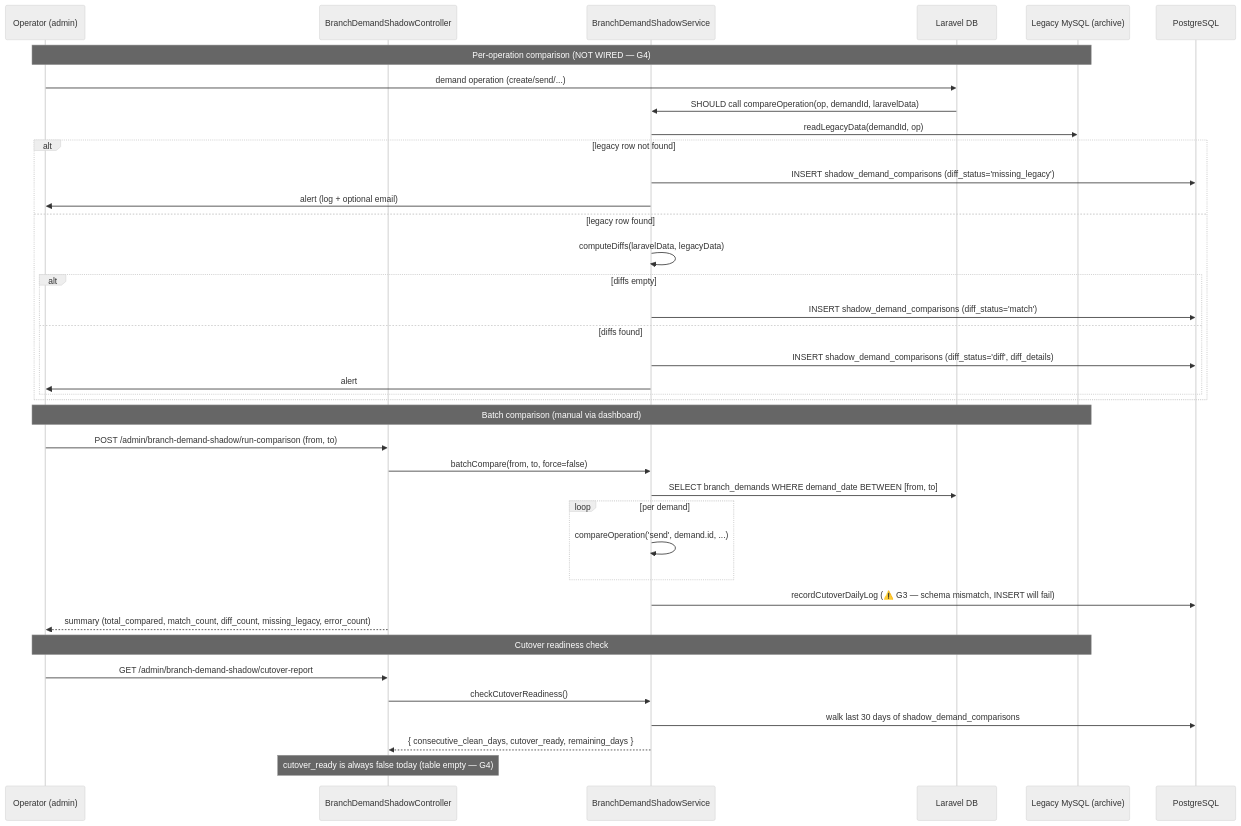
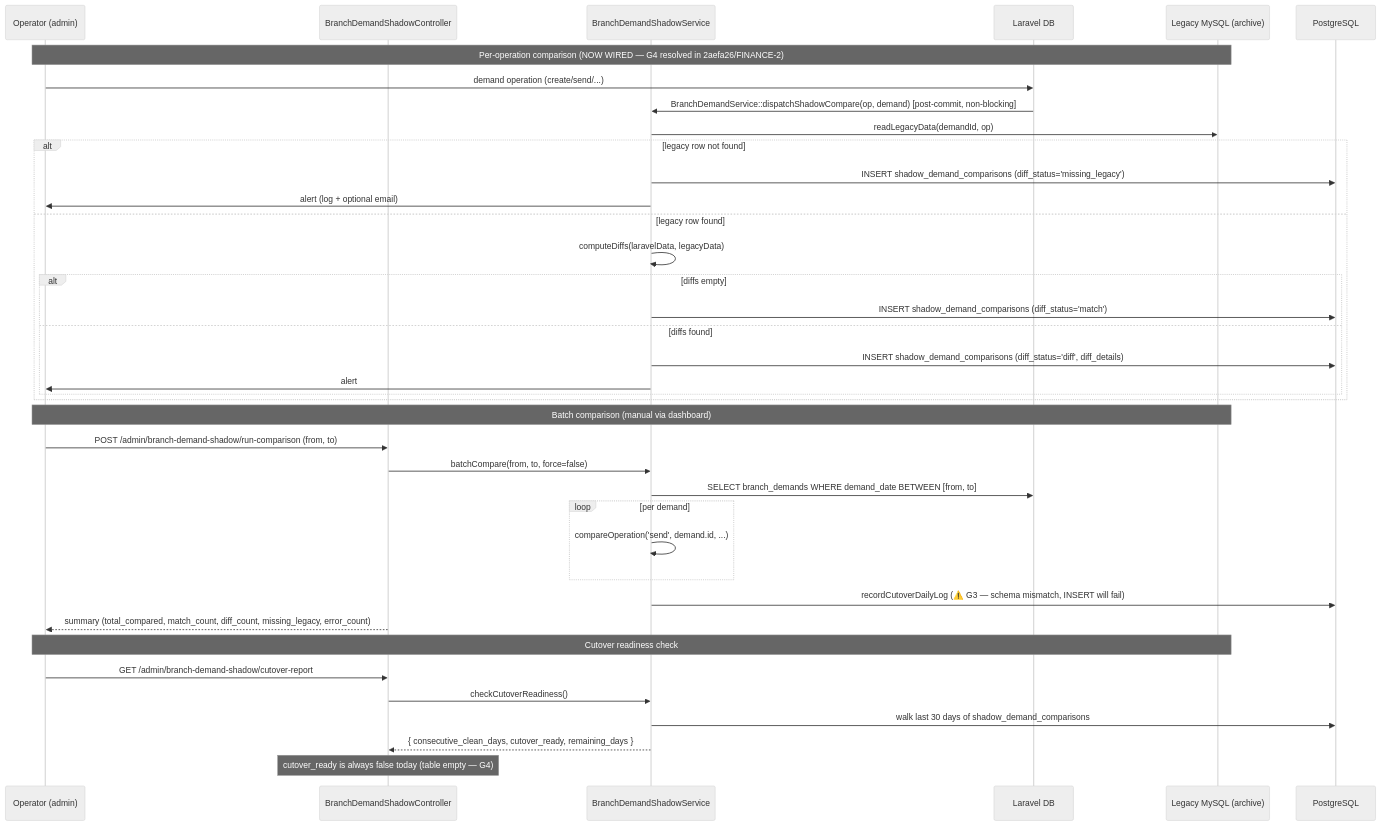
One commit to sajidchowdhury/debugRC changed the fourth of 4 diagrams in AI_CONTEXT/finance/branch-demand.md. Above: the diagram before and after it, drawn with Mermaid (neutral theme). The commit also changed other lines of this file and 4 other files, not shown here.

First line of the commit message:
docs: sync ISSUES_REGISTER + 3 AI_CONTEXT docs — mark G3/G4/G10/G17/G29 resolved (FINANCE-2)

````diff
--- a/AI_CONTEXT/finance/branch-demand.md
+++ b/AI_CONTEXT/finance/branch-demand.md
@@ -1479,43 +1557,43 @@
 ```mermaid
 sequenceDiagram
     participant Op as Operator (admin)
     participant SDC as BranchDemandShadowController
     participant SDS as BranchDemandShadowService
     participant L as Laravel DB
     participant Legacy as Legacy MySQL (archive)
     participant DB as PostgreSQL
 
-    Note over Op,Legacy: Per-operation comparison (NOT WIRED — G4)
+    Note over Op,Legacy: Per-operation comparison (NOW WIRED — G4 resolved in 2aefa26/FINANCE-2)
     Op->>L: demand operation (create/send/...)
-    L->>SDS: SHOULD call compareOperation(op, demandId, laravelData)
+    L->>SDS: BranchDemandService::dispatchShadowCompare(op, demand) [post-commit, non-blocking]
     SDS->>Legacy: readLegacyData(demandId, op)
     alt legacy row not found
         SDS->>DB: INSERT shadow_demand_comparisons (diff_status='missing_legacy')
         SDS->>Op: alert (log + optional email)
     else legacy row found
         SDS->>SDS: computeDiffs(laravelData, legacyData)
         alt diffs empty
             SDS->>DB: INSERT shadow_demand_comparisons (diff_status='match')
         else diffs found
             SDS->>DB: INSERT shadow_demand_comparisons (diff_status='diff', diff_details)
             SDS->>Op: alert
         end
     end
 
     Note over Op,Legacy: Batch comparison (manual via dashboard)
     Op->>SDC: POST /admin/branch-demand-shadow/run-comparison (from, to)
     SDC->>SDS: batchCompare(from, to, force=false)
     SDS->>L: SELECT branch_demands WHERE demand_date BETWEEN [from, to]
     loop per demand
         SDS->>SDS: compareOperation('send', demand.id, ...)
     end
     SDS->>DB: recordCutoverDailyLog (⚠️ G3 — schema mismatch, INSERT will fail)
     SDC-->>Op: summary (total_compared, match_count, diff_count, missing_legacy, error_count)
 
     Note over Op,Legacy: Cutover readiness check
     Op->>SDC: GET /admin/branch-demand-shadow/cutover-report
     SDC->>SDS: checkCutoverReadiness()
     SDS->>DB: walk last 30 days of shadow_demand_comparisons
     SDS-->>SDC: { consecutive_clean_days, cutover_ready, remaining_days }
     Note over SDC: cutover_ready is always false today (table empty — G4)
 ```
````
